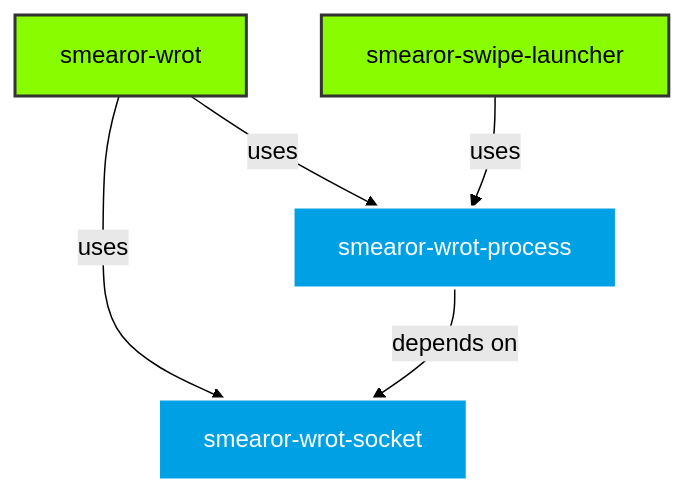
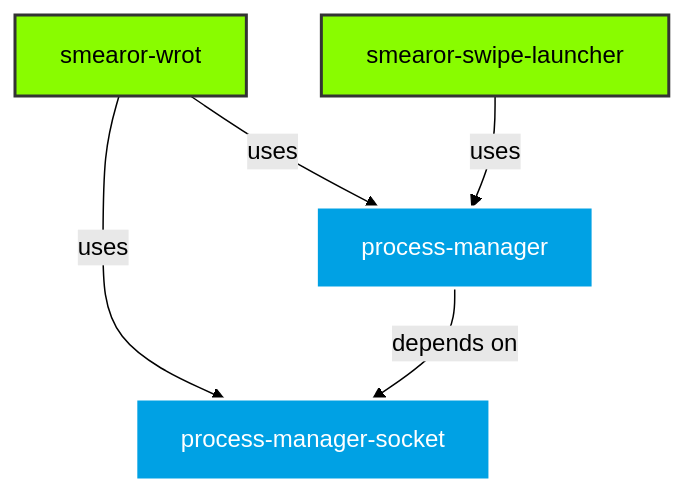
One commit to smearor/process-manager changed the diagram in book/src/introduction.md. Above: the diagram before and after it, drawn with Mermaid (forest theme). The commit also changed other lines of this file and 71 other files, not shown here.

Commit message:
Renamed crates to process-manager and process-manager-socket

````diff
--- a/book/src/introduction.md
+++ b/book/src/introduction.md
@@ -32,21 +32,21 @@
 ```mermaid
 graph TD
     classDef default fill: #1e1e1e, stroke: #333333, stroke-width: 1px, color: #ffffff
     classDef crate fill: #00a1e4, stroke: #ffffff, stroke-width: 2px, color: #ffffff
     classDef consumer fill: #89fc00, stroke: #333333, stroke-width: 2px, color: #000000
 
-    Socket["smearor-wrot-socket"]
-    Process["smearor-wrot-process"]
+    Socket["process-manager-socket"]
+    Process["process-manager"]
     Wrot["smearor-wrot"]
     Launcher["smearor-swipe-launcher"]
 
     Process -->|depends on| Socket
     Wrot -->|uses| Socket
     Wrot -->|uses| Process
     Launcher -->|uses| Process
 
     class Socket crate
     class Process crate
     class Wrot consumer
     class Launcher consumer
 ```
````
